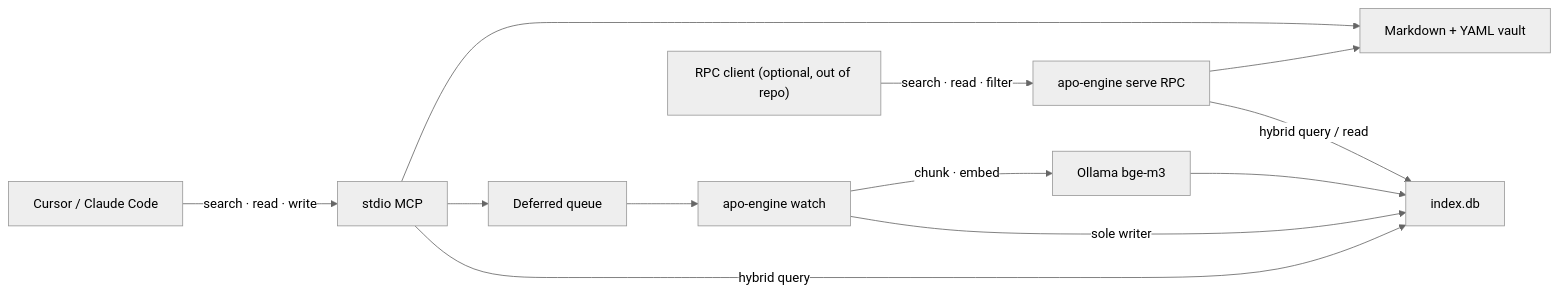
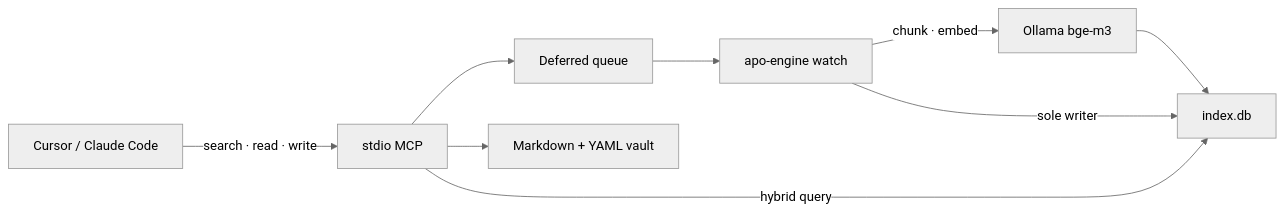
Before and after one commit to jenorris/apo: the first of 2 diagrams in README.md, drawn with Mermaid (neutral theme). The commit also changed other lines of this file and 21 other files, not shown here.

````diff
--- a/README.md
+++ b/README.md
@@ -115,24 +115,19 @@
 ```mermaid
 flowchart LR
   Agent["Cursor / Claude Code"]
-  Gateway["RPC client (optional, out of repo)"]
   MCP["stdio MCP"]
-  RPC["apo-engine serve RPC"]
   Queue["Deferred queue"]
   Watch["apo-engine watch"]
   Index["index.db"]
   Vault["Markdown + YAML vault"]
   Embed["Ollama bge-m3"]
 
   Agent -->|"search · read · write"| MCP
-  Gateway -->|"search · read · filter"| RPC
   MCP --> Vault
   MCP --> Queue
-  RPC -->|"hybrid query / read"| Index
-  RPC --> Vault
   Queue --> Watch
   Watch -->|"chunk · embed"| Embed
   Embed --> Index
   Watch -->|"sole writer"| Index
   MCP -->|"hybrid query"| Index
 ```
````
